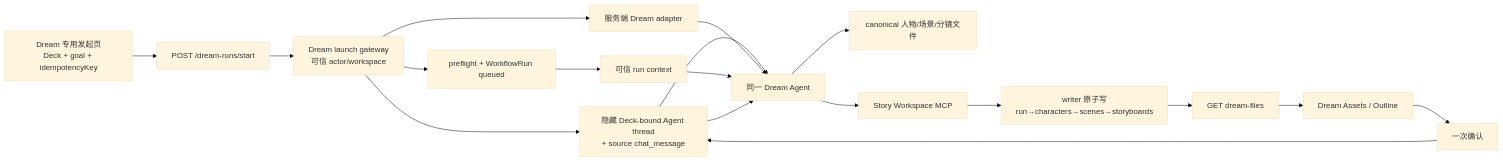
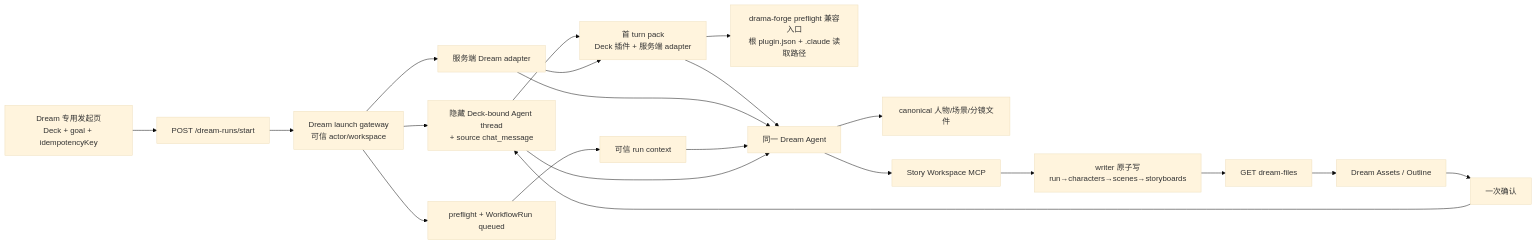
One commit to glide-the/im-dream changed the third of 6 diagrams in docs/design/story-workspace/design_005_dream-module-dataflow-and-sequence.md. Above: the diagram before and after it, drawn with Mermaid (base theme). The commit also changed other lines of this file and 3 other files, not shown here.

````diff
--- a/docs/design/story-workspace/design_005_dream-module-dataflow-and-sequence.md
+++ b/docs/design/story-workspace/design_005_dream-module-dataflow-and-sequence.md
@@ -130,20 +130,23 @@
 ```mermaid
 flowchart LR
     FE[Dream 专用发起页<br/>Deck + goal + idempotencyKey] --> API[POST /dream-runs/start]
     API --> GW[Dream launch gateway<br/>可信 actor/workspace]
     GW --> SRC[隐藏 Deck-bound Agent thread<br/>+ source chat_message]
     GW --> RUN[preflight + WorkflowRun queued]
     GW --> ADP[服务端 Dream adapter]
-    SRC --> DA[同一 Dream Agent]
+    SRC --> PACK[首 turn pack<br/>Deck 插件 + 服务端 adapter]
+    ADP --> PACK
+    PACK --> COMPAT[drama-forge preflight 兼容入口<br/>根 plugin.json + .claude 读取路径]
+    PACK --> DA[同一 Dream Agent]
     RUN --> CTX[可信 run context]
     ADP --> DA
     CTX --> DA
     DA --> CANON[canonical 人物/场景/分镜文件]
     DA --> MCP[Story Workspace MCP]
     MCP --> DFILES[writer 原子写<br/>run→characters→scenes→storyboards]
     DFILES --> REST[GET dream-files]
     REST --> PAGE[Dream Assets / Outline]
     PAGE --> CONF[一次确认]
     CONF --> SRC
     SRC --> DA
 ```
````
